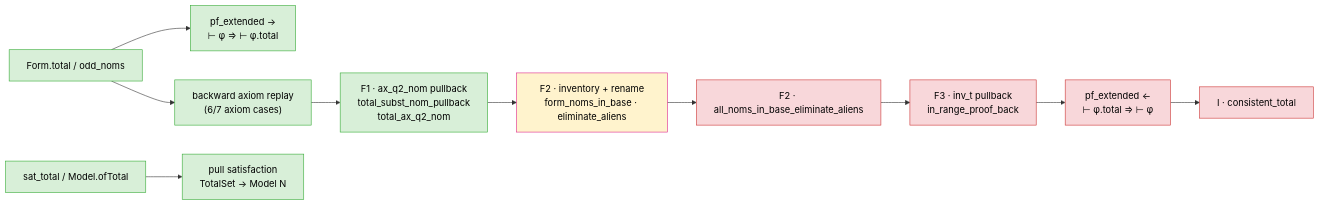
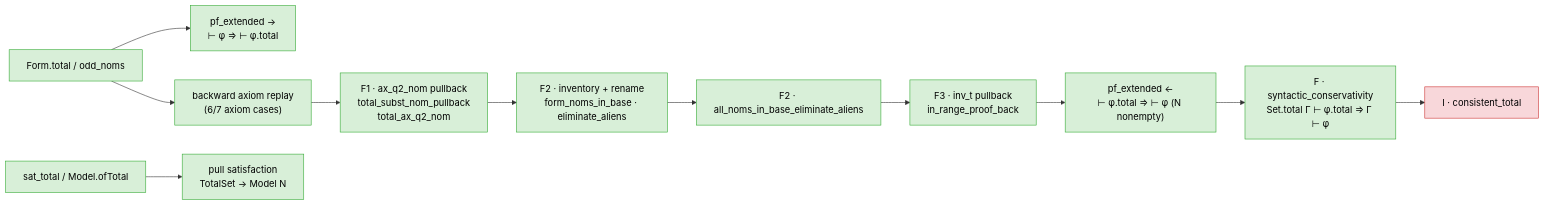
One commit to catskillsresearch/hybrid_logic_lean_revisited changed the second of 5 diagrams in arxiv.md. Above: the diagram before and after it, drawn with Mermaid. The commit also changed other lines of this file and 2 other files, not shown here.

First line of the commit message:
Track 1: complete F path — pf_extended backward + syntactic conservativity

````diff
--- a/arxiv.md
+++ b/arxiv.md
@@ -258,16 +258,17 @@
 ```mermaid
 flowchart LR
   classDef pass fill:#d8efd8,stroke:#3a3,color:#000
   classDef partial fill:#fff3cd,stroke:#d28,color:#000
   classDef open fill:#f8d7da,stroke:#c33,color:#000
 
   tot["Form.total / odd_noms"]:::pass --> fwd["pf_extended →<br/>⊢ φ ⇒ ⊢ φ.total"]:::pass
   tot --> bax["backward axiom replay<br/>(6/7 axiom cases)"]:::pass
   bax --> f1["F1 · ax_q2_nom pullback<br/>total_subst_nom_pullback<br/>total_ax_q2_nom"]:::pass
-  f1 --> f2a["F2 · inventory + rename<br/>form_noms_in_base · eliminate_aliens"]:::partial
-  f2a --> f2b["F2 · all_noms_in_base_eliminate_aliens"]:::open
-  f2b --> f3["F3 · inv_t pullback<br/>in_range_proof_back"]:::open
-  f3 --> back["pf_extended ←<br/>⊢ φ.total ⇒ ⊢ φ"]:::open
-  back --> ct["I · consistent_total"]:::open
+  f1 --> f2a["F2 · inventory + rename<br/>form_noms_in_base · eliminate_aliens"]:::pass
+  f2a --> f2b["F2 · all_noms_in_base_eliminate_aliens"]:::pass
+  f2b --> f3["F3 · inv_t pullback<br/>in_range_proof_back"]:::pass
+  f3 --> back["pf_extended ←<br/>⊢ φ.total ⇒ ⊢ φ (N nonempty)"]:::pass
+  back --> sc["F · syntactic_conservativity<br/>Set.total Γ ⊢ φ.total ⇒ Γ ⊢ φ"]:::pass
+  sc --> ct["I · consistent_total"]:::open
   sat["sat_total / Model.ofTotal"]:::pass --> pull["pull satisfaction<br/>TotalSet → Model N"]:::pass
 ```
````
